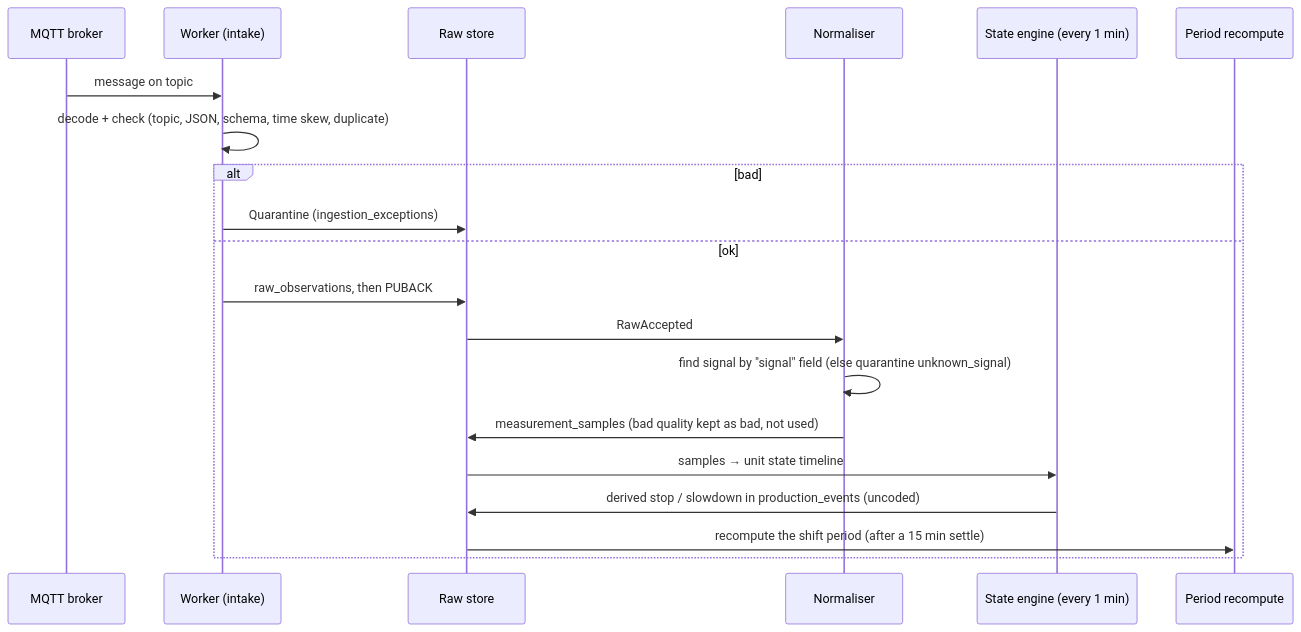
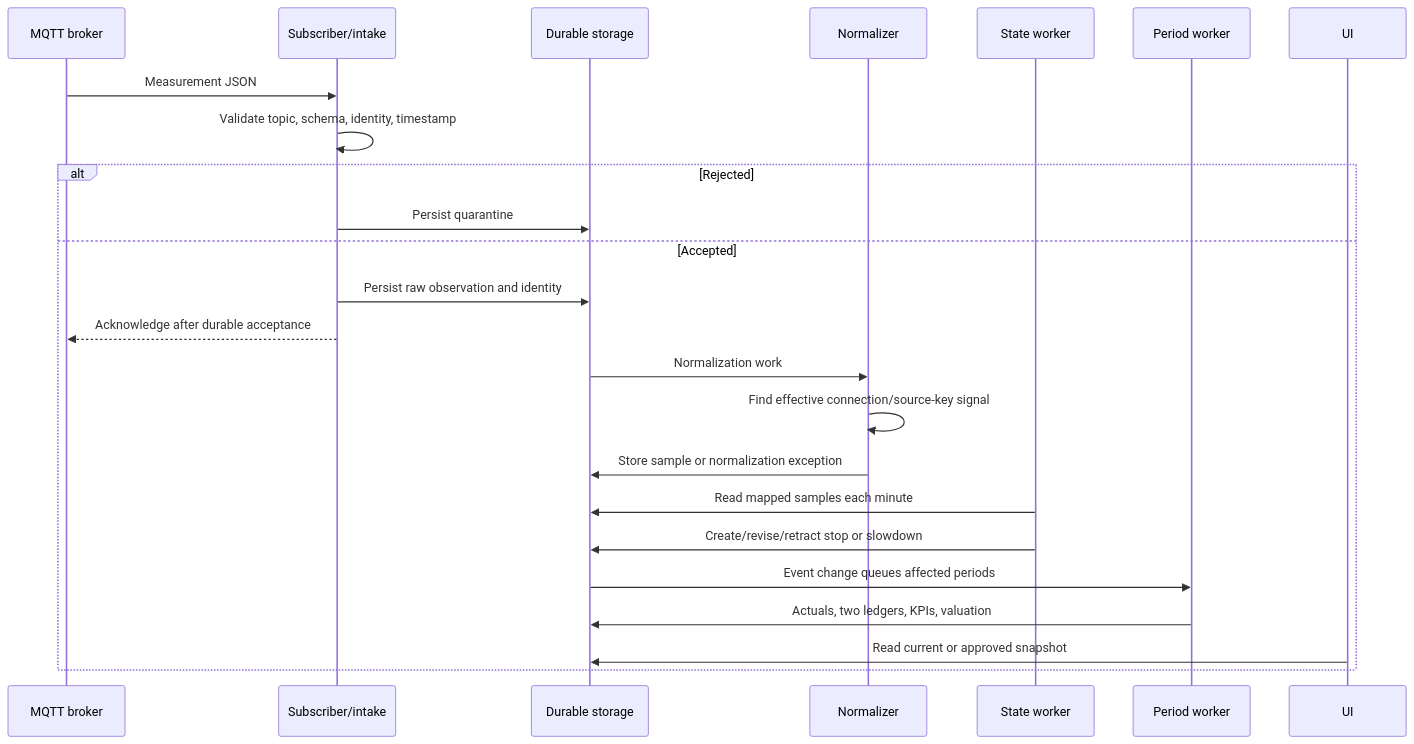
Before and after one commit to tofelemed/PLA-Downtime-RCA-V3: the second of 5 diagrams in docs/E2E_SINGLE_EXTRUDER.md, drawn with Mermaid. The commit also changed other lines of this file and 346 other files, not shown here.

````diff
--- a/docs/E2E_SINGLE_EXTRUDER.md
+++ b/docs/E2E_SINGLE_EXTRUDER.md
@@ -109,22 +828,26 @@
 ```mermaid
 sequenceDiagram
   participant B as MQTT broker
-  participant W as Worker (intake)
-  participant DB as Raw store
-  participant N as Normaliser
-  participant E as State engine (every 1 min)
-  participant P as Period recompute
-  B->>W: message on topic
-  W->>W: decode + check (topic, JSON, schema, time skew, duplicate)
-  alt bad
-    W->>DB: Quarantine (ingestion_exceptions)
-  else ok
-    W->>DB: raw_observations, then PUBACK
-    DB->>N: RawAccepted
-    N->>N: find signal by "signal" field (else quarantine unknown_signal)
-    N->>DB: measurement_samples (bad quality kept as bad, not used)
-    DB->>E: samples → unit state timeline
-    E->>DB: derived stop / slowdown in production_events (uncoded)
-    DB->>P: recompute the shift period (after a 15 min settle)
+  participant W as Subscriber/intake
+  participant DB as Durable storage
+  participant N as Normalizer
+  participant E as State worker
+  participant P as Period worker
+  participant UI as UI
+  B->>W: Measurement JSON
+  W->>W: Validate topic, schema, identity, timestamp
+  alt Rejected
+    W->>DB: Persist quarantine
+  else Accepted
+    W->>DB: Persist raw observation and identity
+    W-->>B: Acknowledge after durable acceptance
+    DB->>N: Normalization work
+    N->>N: Find effective connection/source-key signal
+    N->>DB: Store sample or normalization exception
+    E->>DB: Read mapped samples each minute
+    E->>DB: Create/revise/retract stop or slowdown
+    DB->>P: Event change queues affected periods
+    P->>DB: Actuals, two ledgers, KPIs, valuation
+    UI->>DB: Read current or approved snapshot
   end
 ```
````
